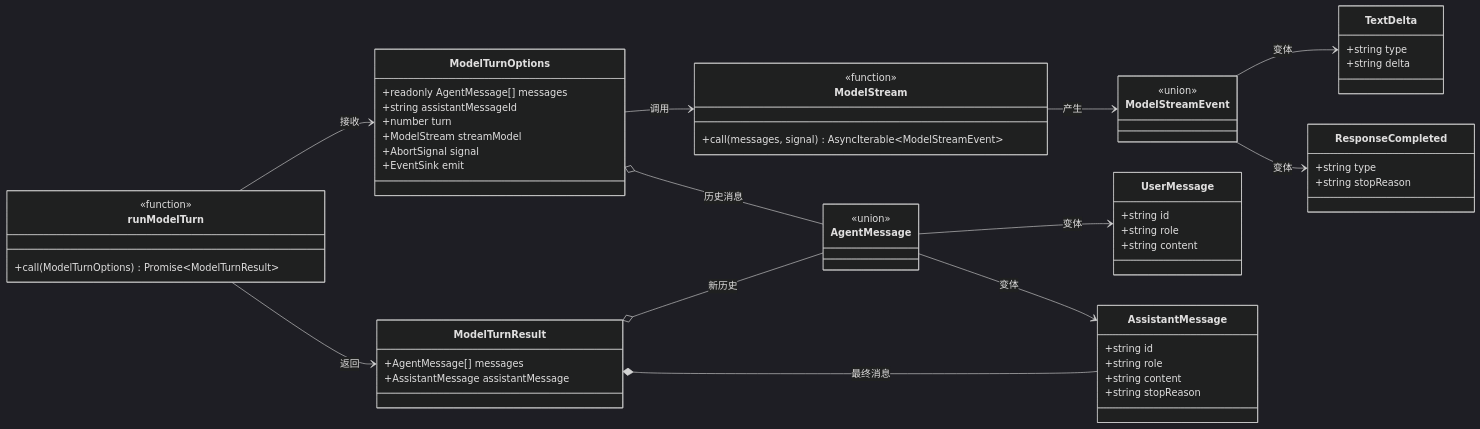
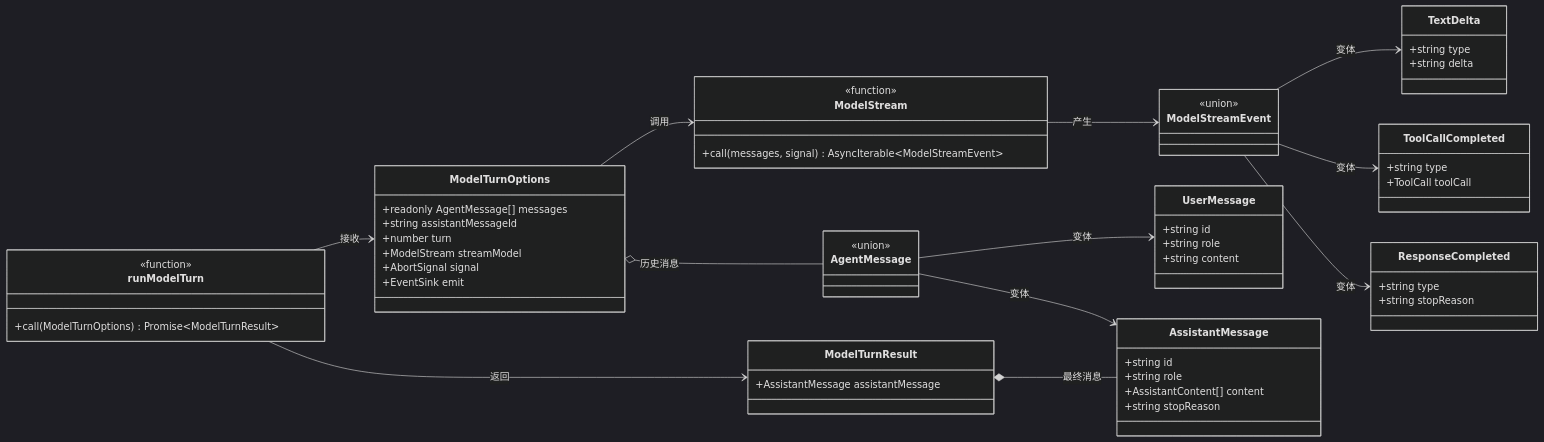
Before and after one commit to kogorou0105-bit/landache: the diagram in docs/zh-CN/architecture/model-turn.md, drawn with Mermaid (dark theme). The commit also changed other lines of this file and 11 other files, not shown here.

Commit message:
feat(agent): ✨ add the tool call data contract (#2)

````diff
--- a/docs/zh-CN/architecture/model-turn.md
+++ b/docs/zh-CN/architecture/model-turn.md
@@ -83,71 +83,75 @@
 ```mermaid
 classDiagram
     direction LR
 
     class runModelTurn {
         <<function>>
         +call(ModelTurnOptions) Promise~ModelTurnResult~
     }
 
     class ModelTurnOptions {
         +readonly AgentMessage[] messages
         +string assistantMessageId
         +number turn
         +ModelStream streamModel
         +AbortSignal signal
         +EventSink emit
     }
 
     class ModelStream {
         <<function>>
         +call(messages, signal) AsyncIterable~ModelStreamEvent~
     }
 
     class ModelStreamEvent {
         <<union>>
     }
 
     class TextDelta {
         +string type
         +string delta
     }
 
+    class ToolCallCompleted {
+        +string type
+        +ToolCall toolCall
+    }
+
     class ResponseCompleted {
         +string type
         +string stopReason
     }
 
     class AgentMessage {
         <<union>>
     }
 
     class UserMessage {
         +string id
         +string role
         +string content
     }
 
     class AssistantMessage {
         +string id
         +string role
-        +string content
+        +AssistantContent[] content
         +string stopReason
     }
 
     class ModelTurnResult {
-        +AgentMessage[] messages
         +AssistantMessage assistantMessage
     }
 
     runModelTurn --> ModelTurnOptions : 接收
     runModelTurn --> ModelTurnResult : 返回
     ModelTurnOptions o-- AgentMessage : 历史消息
     ModelTurnOptions --> ModelStream : 调用
     ModelStream --> ModelStreamEvent : 产生
     ModelStreamEvent --> TextDelta : 变体
+    ModelStreamEvent --> ToolCallCompleted : 变体
     ModelStreamEvent --> ResponseCompleted : 变体
     AgentMessage --> UserMessage : 变体
     AgentMessage --> AssistantMessage : 变体
-    ModelTurnResult o-- AgentMessage : 新历史
     ModelTurnResult *-- AssistantMessage : 最终消息
 ```
````
